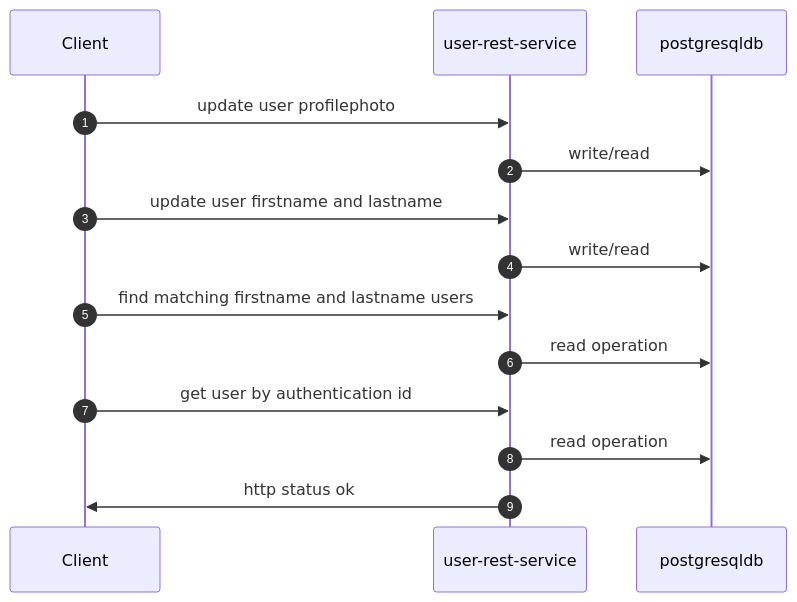
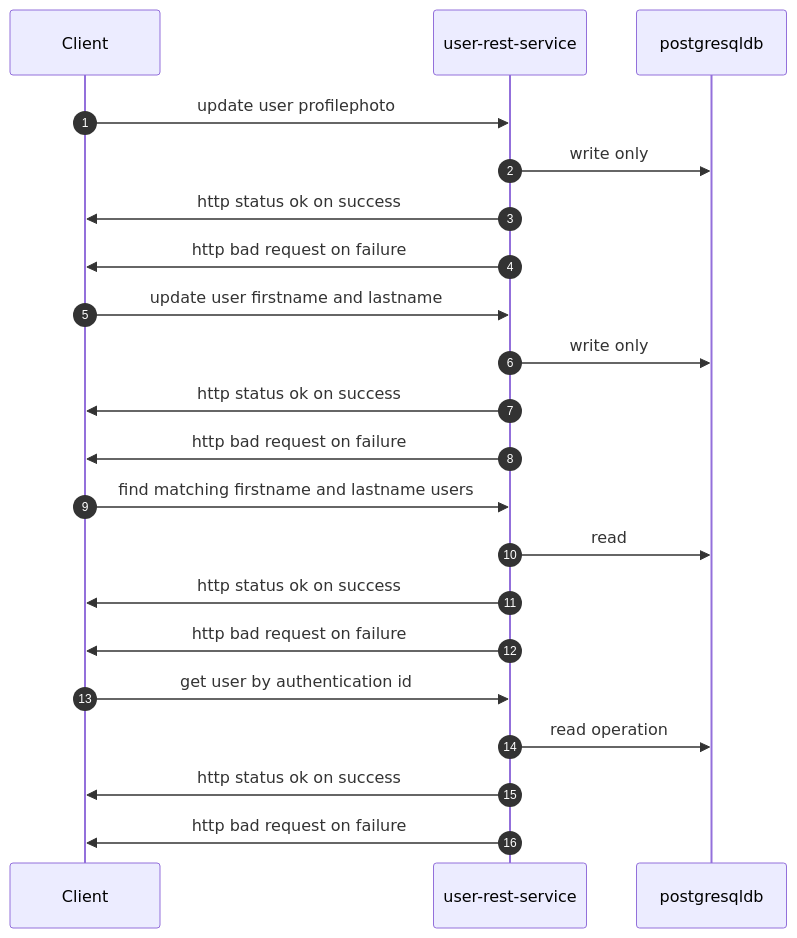
The second of 2 diagrams in README.md (sonamsamdupkhangsar/user-rest-service), drawn with Mermaid before and after one commit.

Commit message:
add response for each request

````diff
--- a/README.md
+++ b/README.md
@@ -92,16 +92,23 @@
 ```mermaid 
 sequenceDiagram
     autonumber
     participant Client
     participant userapi as user-rest-service
     participant postgresqldb
     Client ->> userapi: update user profilephoto
-    userapi ->> postgresqldb: write/read
+    userapi ->> postgresqldb: write only
+    userapi ->> Client: http status ok on success
+    userapi ->> Client: http bad request on failure
     Client ->> userapi: update user firstname and lastname
-    userapi ->> postgresqldb: write/read
+    userapi ->> postgresqldb: write only
+    userapi ->> Client: http status ok on success
+    userapi ->> Client: http bad request on failure
     Client ->> userapi: find matching firstname and lastname users
-    userapi ->> postgresqldb: read operation
+    userapi ->> postgresqldb: read
+    userapi ->> Client: http status ok on success
+    userapi ->> Client: http bad request on failure
     Client ->> userapi: get user by authentication id
     userapi ->> postgresqldb: read operation
-    userapi ->> Client: http status ok
+    userapi ->> Client: http status ok on success
+    userapi ->> Client: http bad request on failure    
 ```
````
